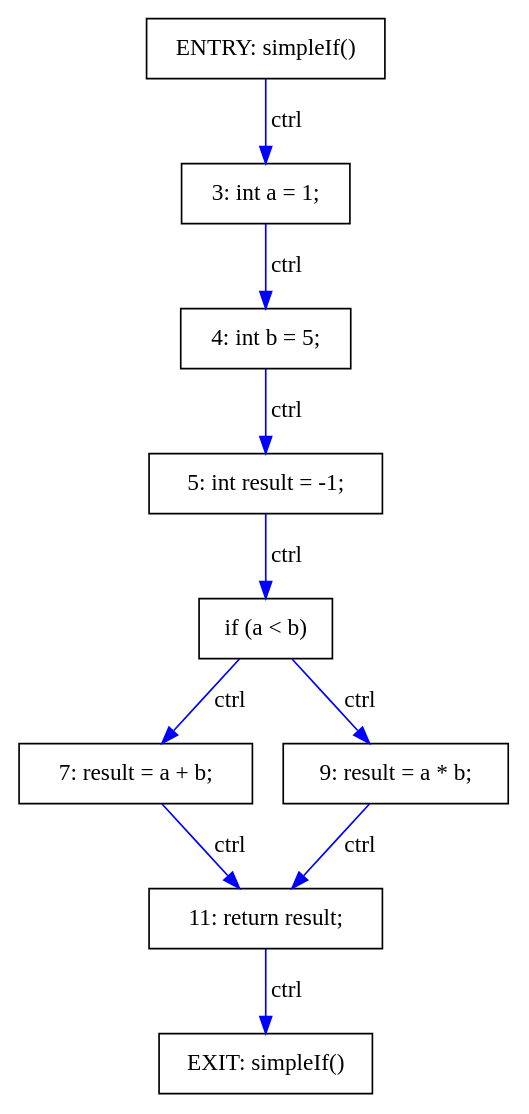
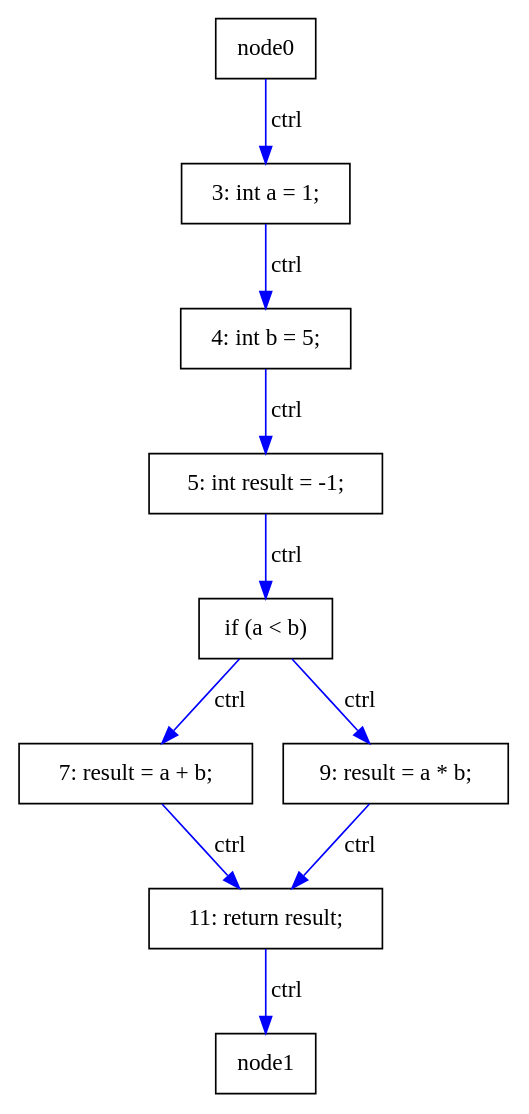
Before and after one commit to khaser/java-pdg: the diagram in results/SimpleIf.dot, drawn with Graphviz. The commit also changed 21 other files, not shown here.

```diff
--- a/results/SimpleIf.dot
+++ b/results/SimpleIf.dot
@@ -1,24 +1,22 @@
 digraph PDG {
   rankdir=TB;
   node [shape=box];
 
-  node0 [label="ENTRY: simpleIf()"];
-  node1 [label="EXIT: simpleIf()"];
   node2 [label="3: int a = 1;"];
   node3 [label="4: int b = 5;"];
   node4 [label="5: int result = -1;"];
   node5 [label="if (a < b)"];
   node6 [label="7: result = a + b;"];
   node7 [label="9: result = a * b;"];
   node8 [label="11: return result;"];
 
   node5 -> node6 [label="ctrl", color=blue];
   node5 -> node7 [label="ctrl", color=blue];
   node0 -> node2 [label="ctrl", color=blue];
   node2 -> node3 [label="ctrl", color=blue];
   node3 -> node4 [label="ctrl", color=blue];
   node4 -> node5 [label="ctrl", color=blue];
   node6 -> node8 [label="ctrl", color=blue];
   node7 -> node8 [label="ctrl", color=blue];
   node8 -> node1 [label="ctrl", color=blue];
 }
```
